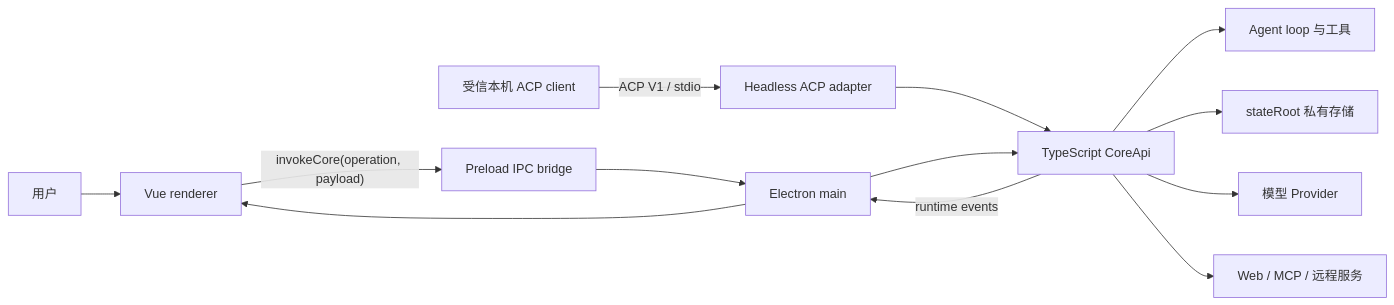
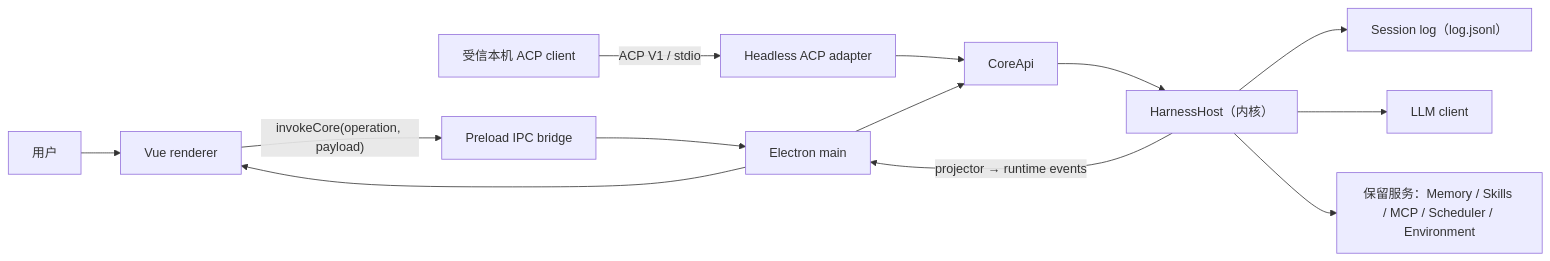
One commit to TheSyart/emperor-agent changed the diagram in docs/architecture/overview.md. Above: the diagram before and after it, drawn with Mermaid. The commit also changed other lines of this file and 1414 other files, not shown here.

````diff
--- a/docs/architecture/overview.md
+++ b/docs/architecture/overview.md
@@ -16,15 +16,15 @@
 ```mermaid
 flowchart LR
   User["用户"] --> Renderer["Vue renderer"]
   Operator["受信本机 ACP client"] -->|"ACP V1 / stdio"| Acp["Headless ACP adapter"]
   Renderer -->|"invokeCore(operation, payload)"| Preload["Preload IPC bridge"]
   Preload --> Main["Electron main"]
-  Main --> Core["TypeScript CoreApi"]
+  Main --> Core["CoreApi"]
   Acp --> Core
-  Core --> Agent["Agent loop 与工具"]
-  Core --> Stores["stateRoot 私有存储"]
-  Core --> Provider["模型 Provider"]
-  Core --> RemoteServices["Web / MCP / 远程服务"]
-  Core -->|"runtime events"| Main
+  Core --> Host["HarnessHost（内核）"]
+  Host --> Log["Session log（log.jsonl）"]
+  Host --> LLM["LLM client"]
+  Host --> Kept["保留服务：Memory / Skills / MCP / Scheduler / Environment"]
+  Host -->|"projector → runtime events"| Main
   Main --> Renderer
 ```
````
